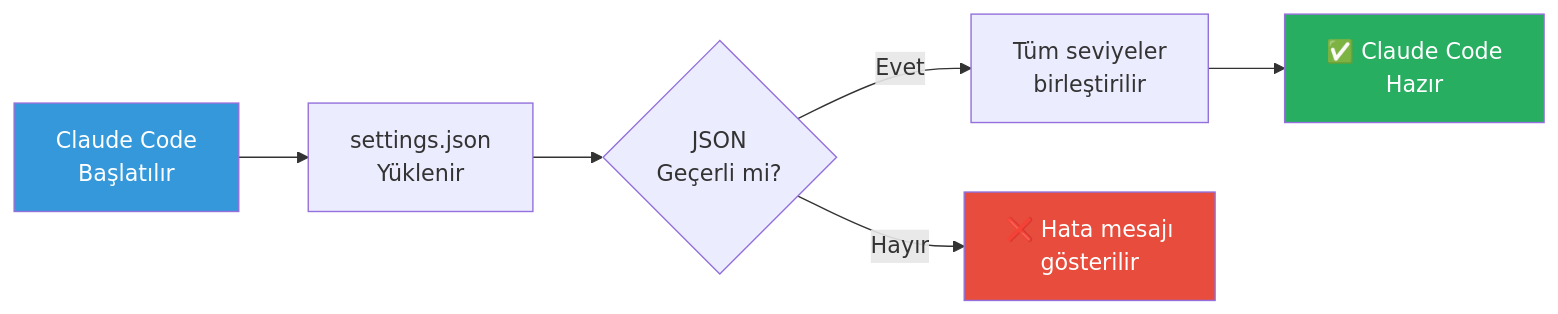
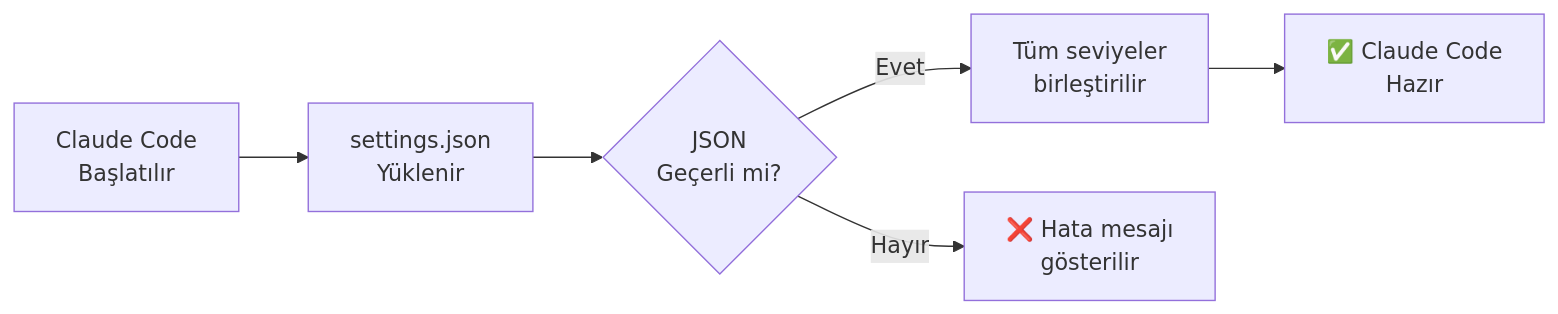
The third of 3 diagrams in 17-konfigurasyon/02-settings-json-referansi.md (IzzetYasinAtes/ClaudeCodeHandbook), drawn with Mermaid before and after one commit. The commit also changed other lines of this file and 97 other files, not shown here.

Commit message:
Remove all custom Mermaid style/fill colors from 98 markdown files for consistent dark theme rendering

````diff
--- a/17-konfigurasyon/02-settings-json-referansi.md
+++ b/17-konfigurasyon/02-settings-json-referansi.md
@@ -399,12 +391,9 @@
 ```mermaid
 flowchart LR
     START["Claude Code<br/>Başlatılır"] --> LOAD["settings.json<br/>Yüklenir"]
     LOAD --> VALIDATE{"JSON<br/>Geçerli mi?"}
     VALIDATE -->|Evet| MERGE["Tüm seviyeler<br/>birleştirilir"]
     VALIDATE -->|Hayır| ERROR["❌ Hata mesajı<br/>gösterilir"]
     MERGE --> READY["✅ Claude Code<br/>Hazır"]
 
-    style START fill:#3498DB,color:#fff
-    style READY fill:#27AE60,color:#fff
-    style ERROR fill:#E74C3C,color:#fff
 ```
````
